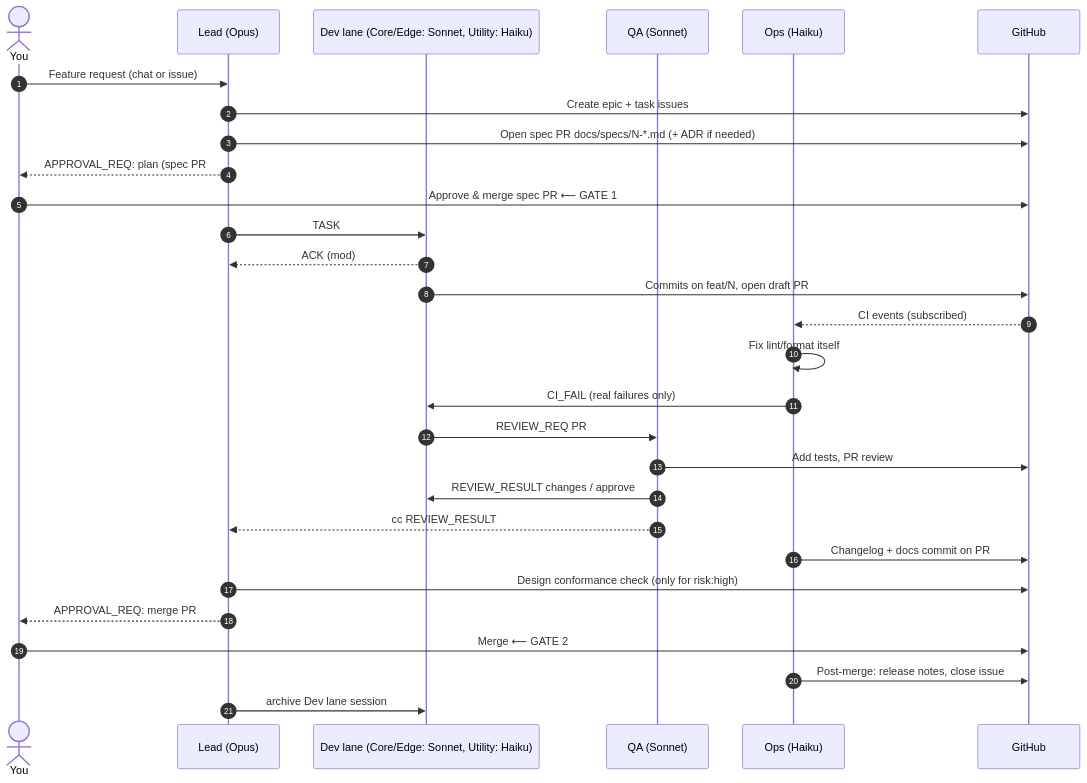
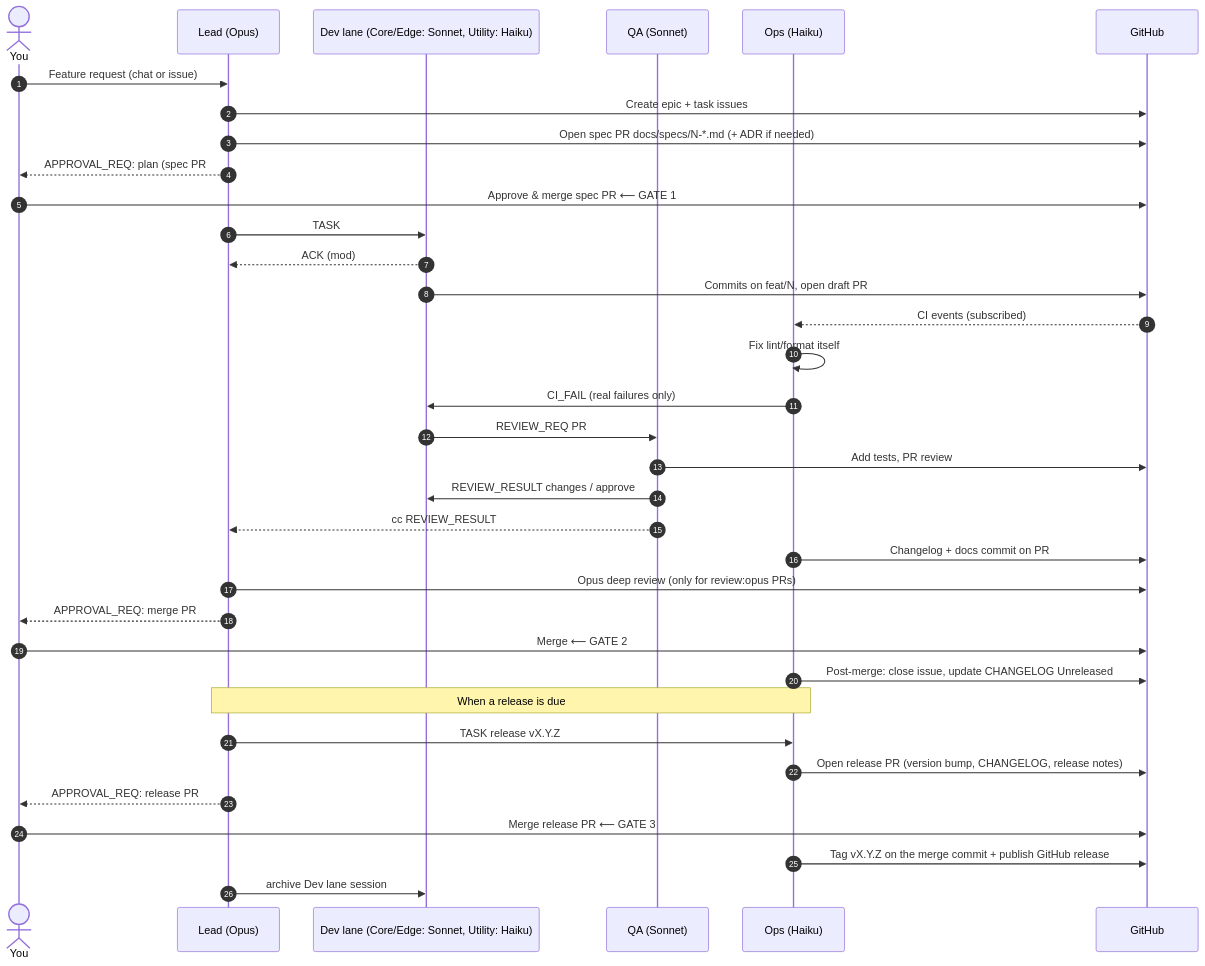
One commit to ghazamu/mycode changed the second of 2 diagrams in docs/sdlc/DESIGN.md. Above: the diagram before and after it, drawn with Mermaid. The commit also changed other lines of this file and 4 other files, not shown here.

First line of the commit message:
Add release approval gate and Opus deep-review criteria

````diff
--- a/docs/sdlc/DESIGN.md
+++ b/docs/sdlc/DESIGN.md
@@ -200,32 +206,38 @@
 ```mermaid
 sequenceDiagram
     autonumber
     actor You
     participant L as Lead (Opus)
     participant D as Dev lane (Core/Edge: Sonnet, Utility: Haiku)
     participant Q as QA (Sonnet)
     participant O as Ops (Haiku)
     participant GH as GitHub
 
     You->>L: Feature request (chat or issue)
     L->>GH: Create epic + task issues
     L->>GH: Open spec PR docs/specs/N-*.md (+ ADR if needed)
     L-->>You: APPROVAL_REQ: plan (spec PR #S)
     You->>GH: Approve & merge spec PR  ⟵ GATE 1
     L->>D: TASK #N to lane by size + paths (spec path, branch)
     D-->>L: ACK (mod)
     D->>GH: Commits on feat/N, open draft PR #M
     GH-->>O: CI events (subscribed)
     O->>O: Fix lint/format itself
     O->>D: CI_FAIL (real failures only)
     D->>Q: REVIEW_REQ PR #M
     Q->>GH: Add tests, PR review
     Q->>D: REVIEW_RESULT changes / approve
     Q-->>L: cc REVIEW_RESULT
     O->>GH: Changelog + docs commit on PR #M
-    L->>GH: Design conformance check (only for risk:high)
+    L->>GH: Opus deep review (only for review:opus PRs)
     L-->>You: APPROVAL_REQ: merge PR #M
     You->>GH: Merge  ⟵ GATE 2
-    O->>GH: Post-merge: release notes, close issue
+    O->>GH: Post-merge: close issue, update CHANGELOG Unreleased
+    Note over L,O: When a release is due
+    L->>O: TASK release vX.Y.Z
+    O->>GH: Open release PR (version bump, CHANGELOG, release notes)
+    L-->>You: APPROVAL_REQ: release PR
+    You->>GH: Merge release PR  ⟵ GATE 3
+    O->>GH: Tag vX.Y.Z on the merge commit + publish GitHub release
     L->>D: archive Dev lane session
 ```
````
